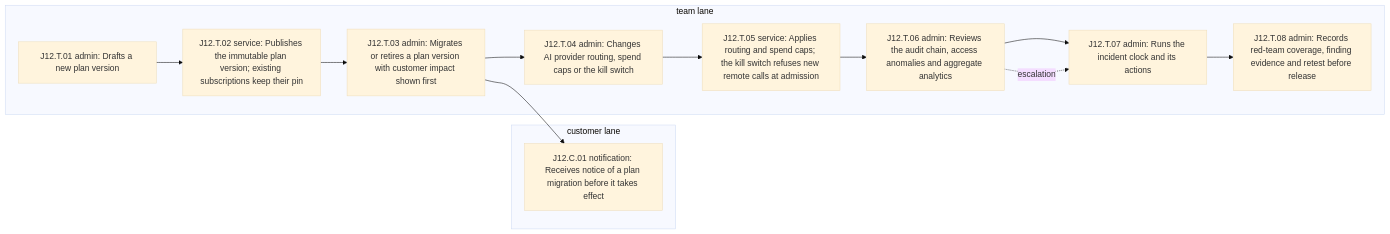
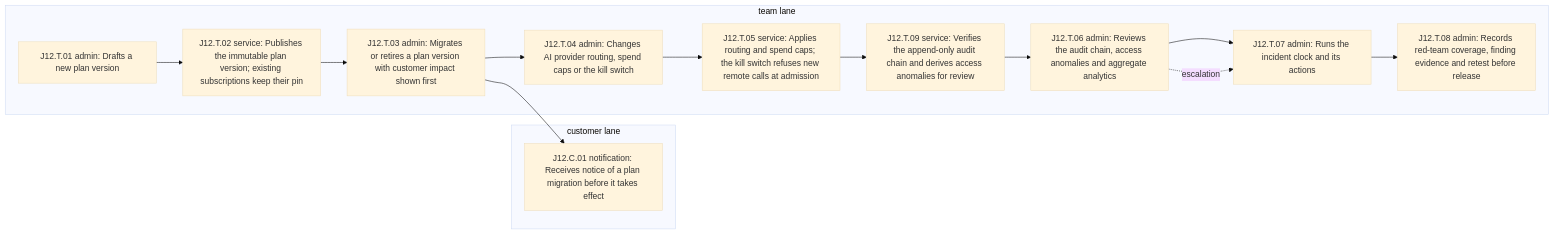
Diagram 13 of 13 in product/journey-blueprints.md (PenniLogic/docs), drawn with Mermaid (base theme) before and after one commit. The commit also changed other lines of this file and 3 other files, not shown here.

````diff
--- a/product/journey-blueprints.md
+++ b/product/journey-blueprints.md
@@ -1182,25 +1184,27 @@
 ```mermaid
 flowchart LR
     subgraph customer[customer lane]
         J12_C_01["J12.C.01 notification: Receives notice of a plan migration before it takes effect"]
     end
     subgraph team[team lane]
         J12_T_01["J12.T.01 admin: Drafts a new plan version"]
         J12_T_02["J12.T.02 service: Publishes the immutable plan version; existing subscriptions keep their pin"]
         J12_T_03["J12.T.03 admin: Migrates or retires a plan version with customer impact shown first"]
         J12_T_04["J12.T.04 admin: Changes AI provider routing, spend caps or the kill switch"]
         J12_T_05["J12.T.05 service: Applies routing and spend caps; the kill switch refuses new remote calls at admission"]
+        J12_T_09["J12.T.09 service: Verifies the append-only audit chain and derives access anomalies for review"]
         J12_T_06["J12.T.06 admin: Reviews the audit chain, access anomalies and aggregate analytics"]
         J12_T_07["J12.T.07 admin: Runs the incident clock and its actions"]
         J12_T_08["J12.T.08 admin: Records red-team coverage, finding evidence and retest before release"]
     end
     J12_T_01 --> J12_T_02
     J12_T_02 --> J12_T_03
     J12_T_03 --> J12_C_01
     J12_T_03 --> J12_T_04
     J12_T_04 --> J12_T_05
-    J12_T_05 --> J12_T_06
+    J12_T_05 --> J12_T_09
+    J12_T_09 --> J12_T_06
     J12_T_06 --> J12_T_07
     J12_T_06 -. escalation .-> J12_T_07
     J12_T_07 --> J12_T_08
 ```
````
